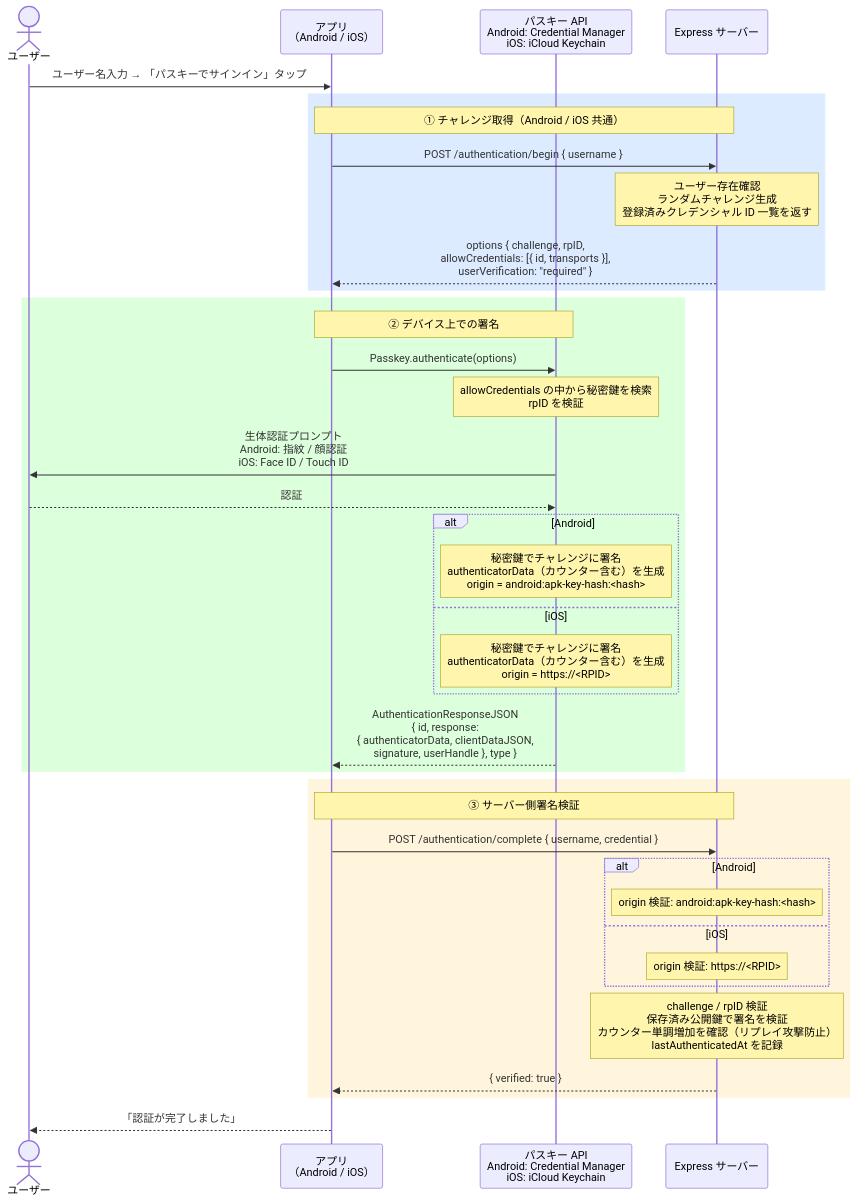
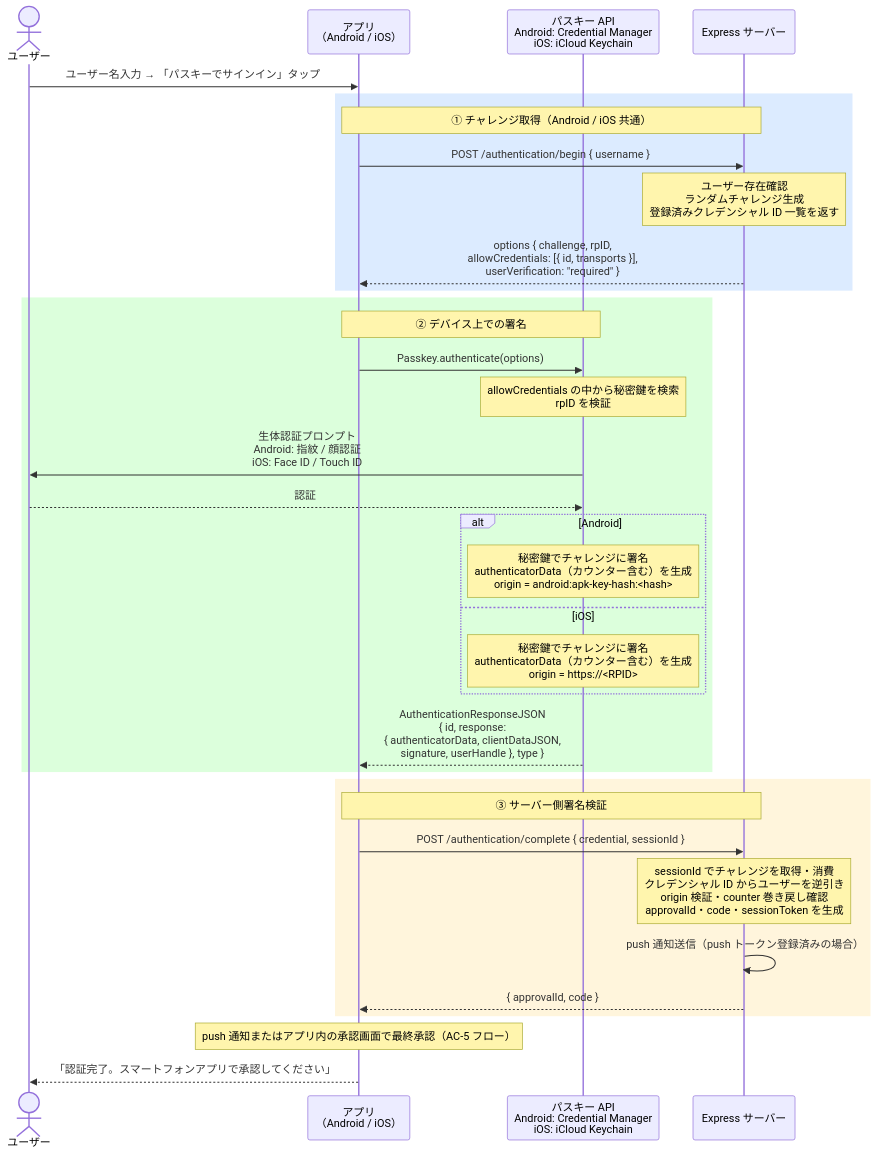
The third of 8 diagrams in README.md (taka1226s/passkey-poc), drawn with Mermaid before and after one commit. The commit also changed other lines of this file and 21 other files, not shown here.

````diff
--- a/README.md
+++ b/README.md
@@ -409,44 +425,41 @@
 ```mermaid
 sequenceDiagram
     actor User as ユーザー
     participant App as アプリ<br/>（Android / iOS）
     participant CM as パスキー API<br/>Android: Credential Manager<br/>iOS: iCloud Keychain
     participant Server as Express サーバー
 
     User->>App: ユーザー名入力 → 「パスキーでサインイン」タップ
 
     rect rgb(220, 235, 255)
         Note over App,Server: ① チャレンジ取得（Android / iOS 共通）
         App->>Server: POST /authentication/begin { username }
         Note over Server: ユーザー存在確認<br/>ランダムチャレンジ生成<br/>登録済みクレデンシャル ID 一覧を返す
         Server-->>App: options { challenge, rpID,<br/>allowCredentials: [{ id, transports }],<br/>userVerification: "required" }
     end
 
     rect rgb(220, 255, 220)
         Note over App,CM: ② デバイス上での署名
         App->>CM: Passkey.authenticate(options)
         Note over CM: allowCredentials の中から秘密鍵を検索<br/>rpID を検証
         CM->>User: 生体認証プロンプト<br/>Android: 指紋 / 顔認証<br/>iOS: Face ID / Touch ID
         User-->>CM: 認証
         alt Android
             Note over CM: 秘密鍵でチャレンジに署名<br/>authenticatorData（カウンター含む）を生成<br/>origin = android:apk-key-hash:<hash>
         else iOS
             Note over CM: 秘密鍵でチャレンジに署名<br/>authenticatorData（カウンター含む）を生成<br/>origin = https://<RPID>
         end
         CM-->>App: AuthenticationResponseJSON<br/>{ id, response:<br/>{ authenticatorData, clientDataJSON,<br/>  signature, userHandle }, type }
     end
 
     rect rgb(255, 245, 220)
         Note over App,Server: ③ サーバー側署名検証
-        App->>Server: POST /authentication/complete { username, credential }
-        alt Android
-            Note over Server: origin 検証: android:apk-key-hash:<hash>
-        else iOS
-            Note over Server: origin 検証: https://<RPID>
-        end
-        Note over Server: challenge / rpID 検証<br/>保存済み公開鍵で署名を検証<br/>カウンター単調増加を確認（リプレイ攻撃防止）<br/>lastAuthenticatedAt を記録
-        Server-->>App: { verified: true }
+        App->>Server: POST /authentication/complete { credential, sessionId }
+        Note over Server: sessionId でチャレンジを取得・消費<br/>クレデンシャル ID からユーザーを逆引き<br/>origin 検証・counter 巻き戻し確認<br/>approvalId・code・sessionToken を生成
+        Server->>Server: push 通知送信（push トークン登録済みの場合）
+        Server-->>App: { approvalId, code }
     end
 
-    App-->>User: 「認証が完了しました」
+    Note over App: push 通知またはアプリ内の承認画面で最終承認（AC-5 フロー）
+    App-->>User: 「認証完了。スマートフォンアプリで承認してください」
 ```
````
